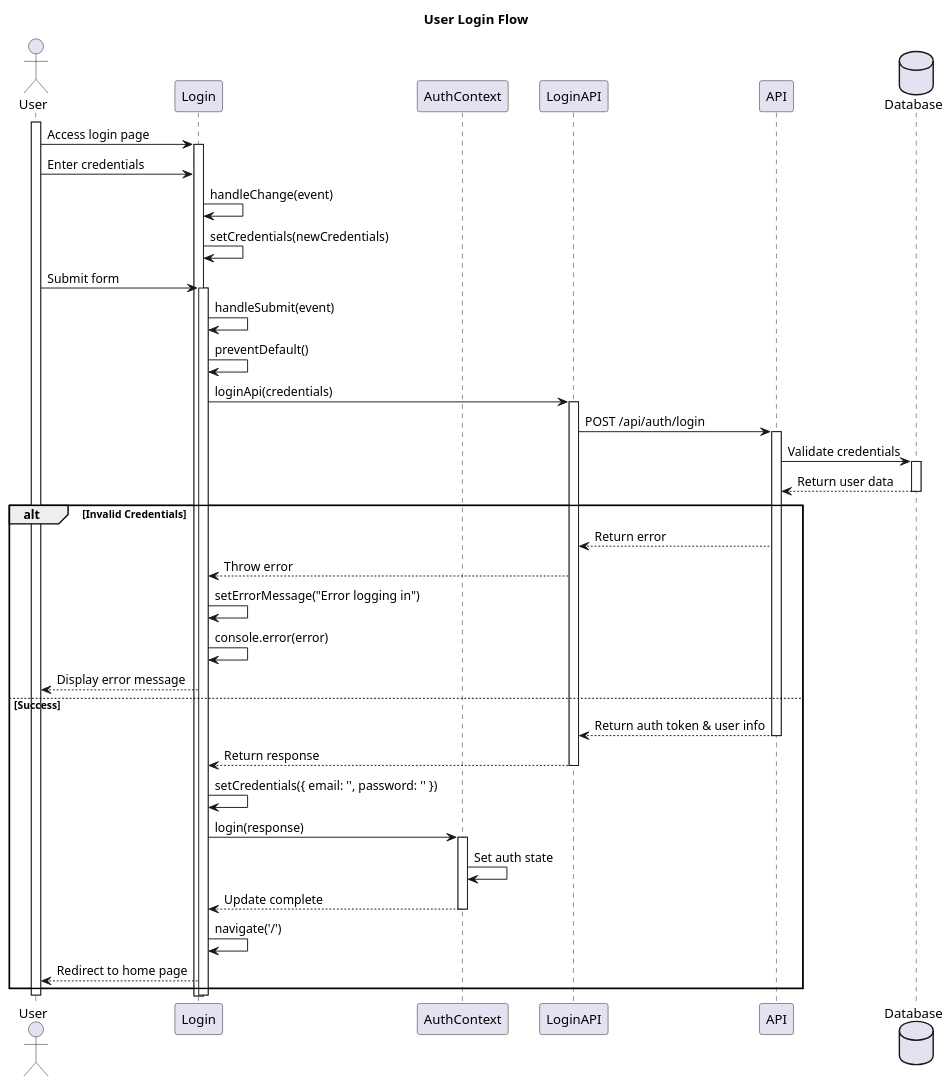
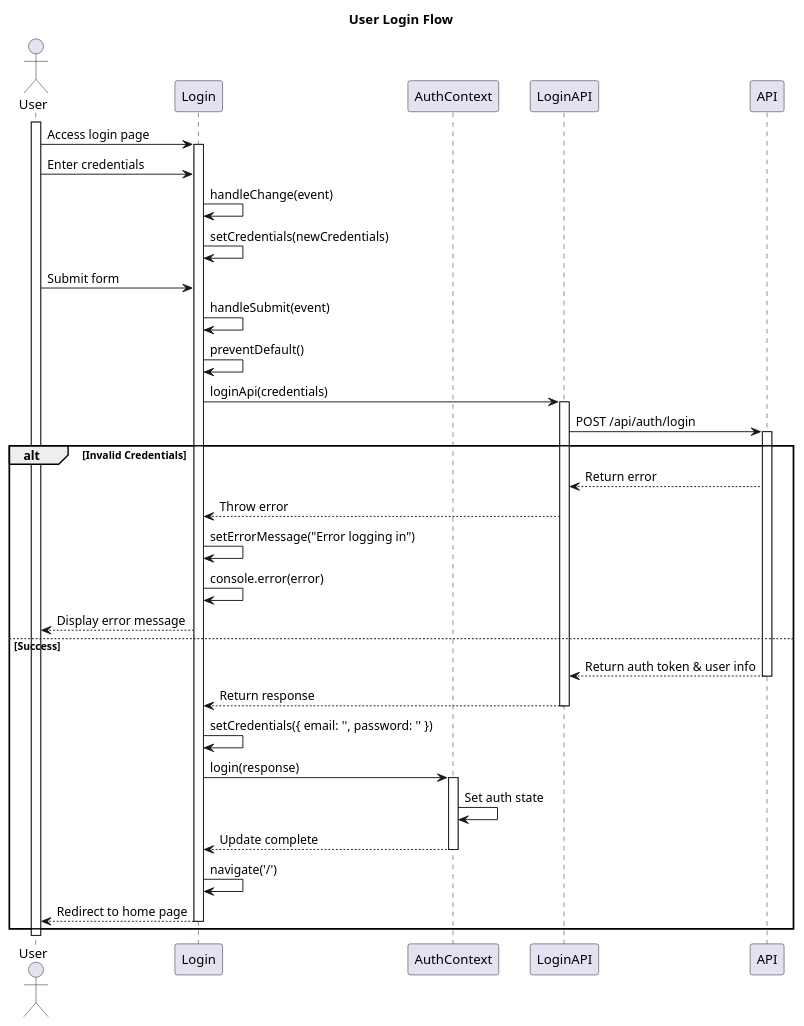
The diagram in docs/Sprint2/US 6.2.4/SD.puml (HugBar/3DC_G17), drawn with PlantUML before and after one commit. The commit also changed 11 other files, not shown here.

```diff
--- a/docs/Sprint2/US 6.2.4/SD.puml
+++ b/docs/Sprint2/US 6.2.4/SD.puml
@@ -1,63 +1,57 @@
-@startuml Login Sequence Diagram
+@startuml
 title "User Login Flow"
 
 actor User
 participant Login
 participant AuthContext
 participant LoginAPI
 participant API
-database Database
 
 activate User
 
 User -> Login: Access login page
 activate Login
 
 User -> Login: Enter credentials
 Login -> Login: handleChange(event)
 Login -> Login: setCredentials(newCredentials)
 
 User -> Login: Submit form
-activate Login
 Login -> Login: handleSubmit(event)
 Login -> Login: preventDefault()
 
 Login -> LoginAPI: loginApi(credentials)
 activate LoginAPI
 
 LoginAPI -> API: POST /api/auth/login
 activate API
 
-API -> Database: Validate credentials
-activate Database
-Database --> API: Return user data
-deactivate Database
 
 alt Invalid Credentials
     API --> LoginAPI: Return error
     LoginAPI --> Login: Throw error
     Login -> Login: setErrorMessage("Error logging in")
     Login -> Login: console.error(error)
     Login --> User: Display error message
 else Success
     API --> LoginAPI: Return auth token & user info
     deactivate API
     LoginAPI --> Login: Return response
     deactivate LoginAPI
     
     Login -> Login: setCredentials({ email: '', password: '' })
     
     Login -> AuthContext: login(response)
     activate AuthContext
     AuthContext -> AuthContext: Set auth state
     AuthContext --> Login: Update complete
     deactivate AuthContext
     
     Login -> Login: navigate('/')
     Login --> User: Redirect to home page
+    deactivate Login
 end
 
 deactivate Login
 deactivate User
-
 @enduml
```
